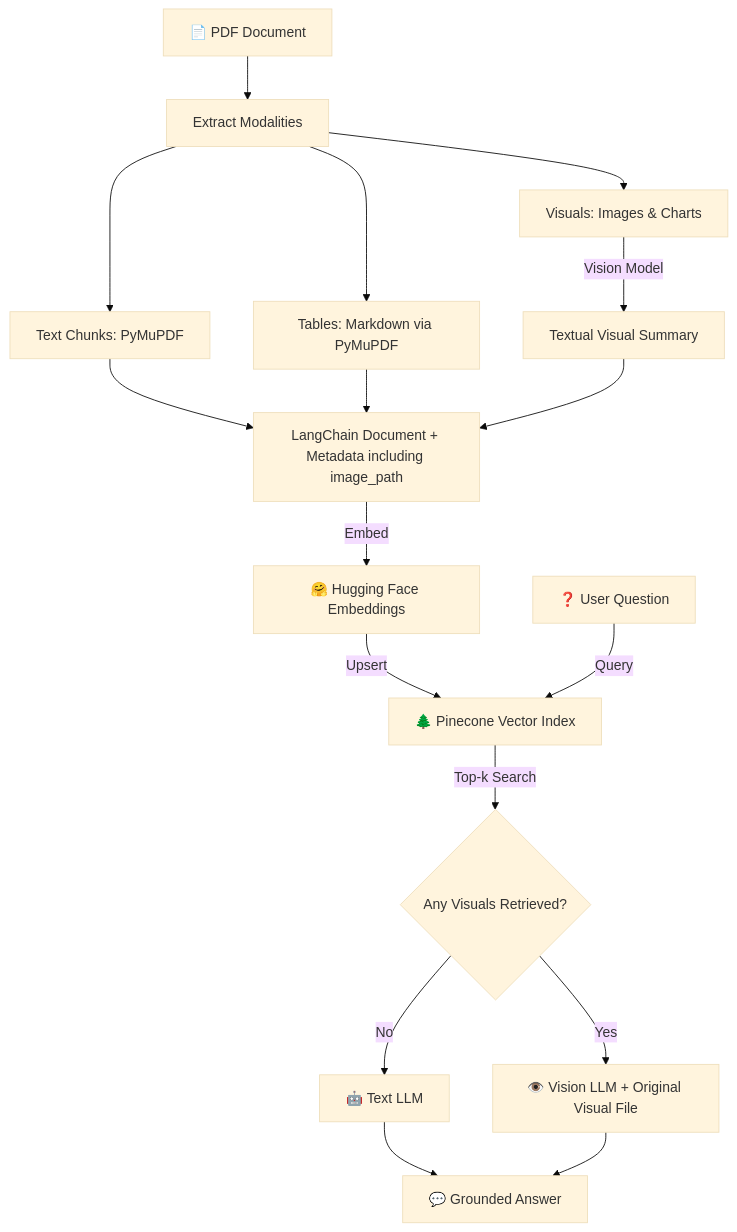
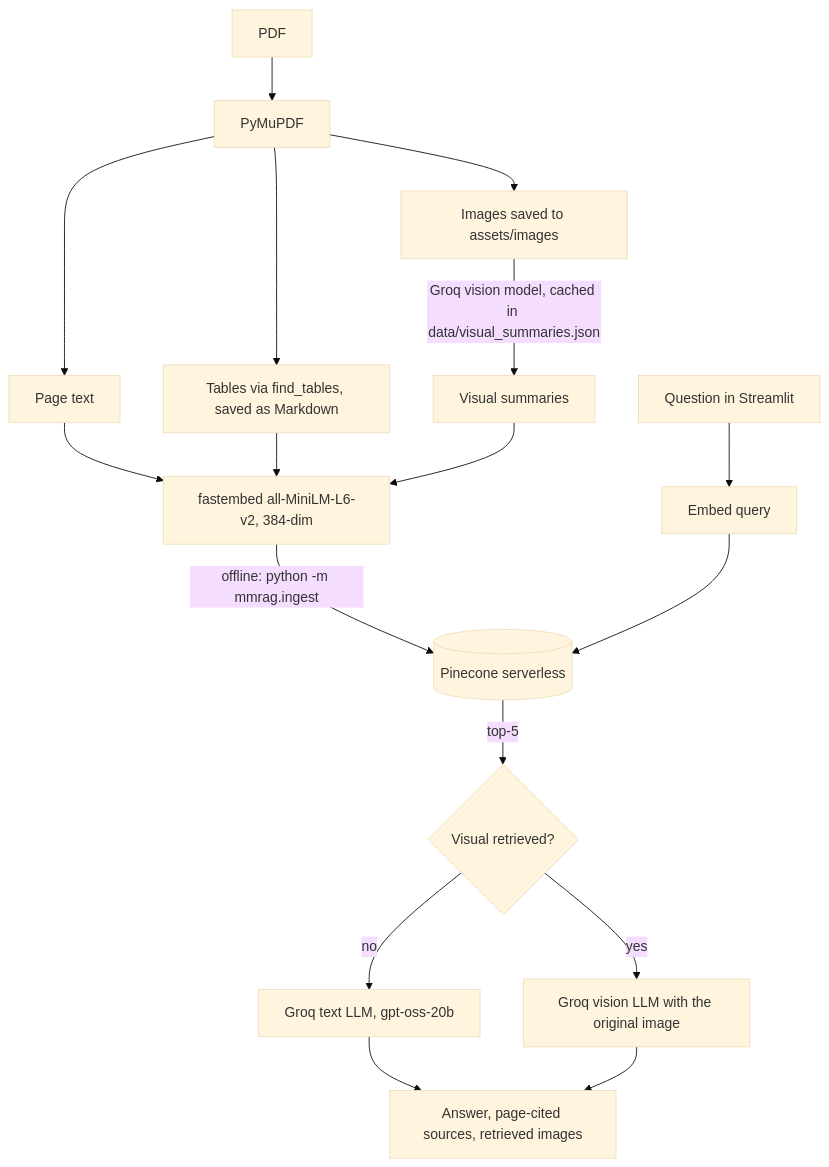
One commit to CodingWithSanjeet/multimodal-rag changed the diagram in README.md. Above: the diagram before and after it, drawn with Mermaid (base theme). The commit also changed other lines of this file and 35 other files, not shown here.

Commit message:
streamlit ui, lighter embeddings, cleanup for render deploy

````diff
--- a/README.md
+++ b/README.md
@@ -43,23 +28,18 @@
 ```mermaid
 graph TD
-    A[📄 PDF Document] --> B[Extract Modalities]
-    B --> C[Text Chunks: PyMuPDF]
-    B --> D[Tables: Markdown via PyMuPDF]
-    B --> E[Visuals: Images & Charts]
-
-    E -->|Vision Model| F[Textual Visual Summary]
-
-    C --> G[LangChain Document + Metadata]
+    A[PDF] --> B[PyMuPDF]
+    B --> C[Page text]
+    B --> D[Tables via find_tables, saved as Markdown]
+    B --> E[Images saved to assets/images]
+    E -->|Groq vision model, cached in data/visual_summaries.json| F[Visual summaries]
+    C --> G[fastembed all-MiniLM-L6-v2, 384-dim]
     D --> G
-    F --> G[LangChain Document + Metadata including image_path]
-
-    G -->|Embed| H[🤗 Hugging Face Embeddings]
-    H -->|Upsert| I[🌲 Pinecone Vector Index]
-
-    J[❓ User Question] -->|Query| I
-    I -->|Top-k Search| K{Any Visuals Retrieved?}
-    K -->|No| L[🤖 Text LLM]
-    K -->|Yes| M[👁️ Vision LLM + Original Visual File]
-    L --> N[💬 Grounded Answer]
-    M --> N
+    F --> G
+    G -->|offline: python -m mmrag.ingest| H[(Pinecone serverless)]
+    Q[Question in Streamlit] --> G2[Embed query] --> H
+    H -->|top-5| R{Visual retrieved?}
+    R -->|no| T[Groq text LLM, gpt-oss-20b]
+    R -->|yes| V[Groq vision LLM with the original image]
+    T --> O[Answer, page-cited sources, retrieved images]
+    V --> O
 ```
````
